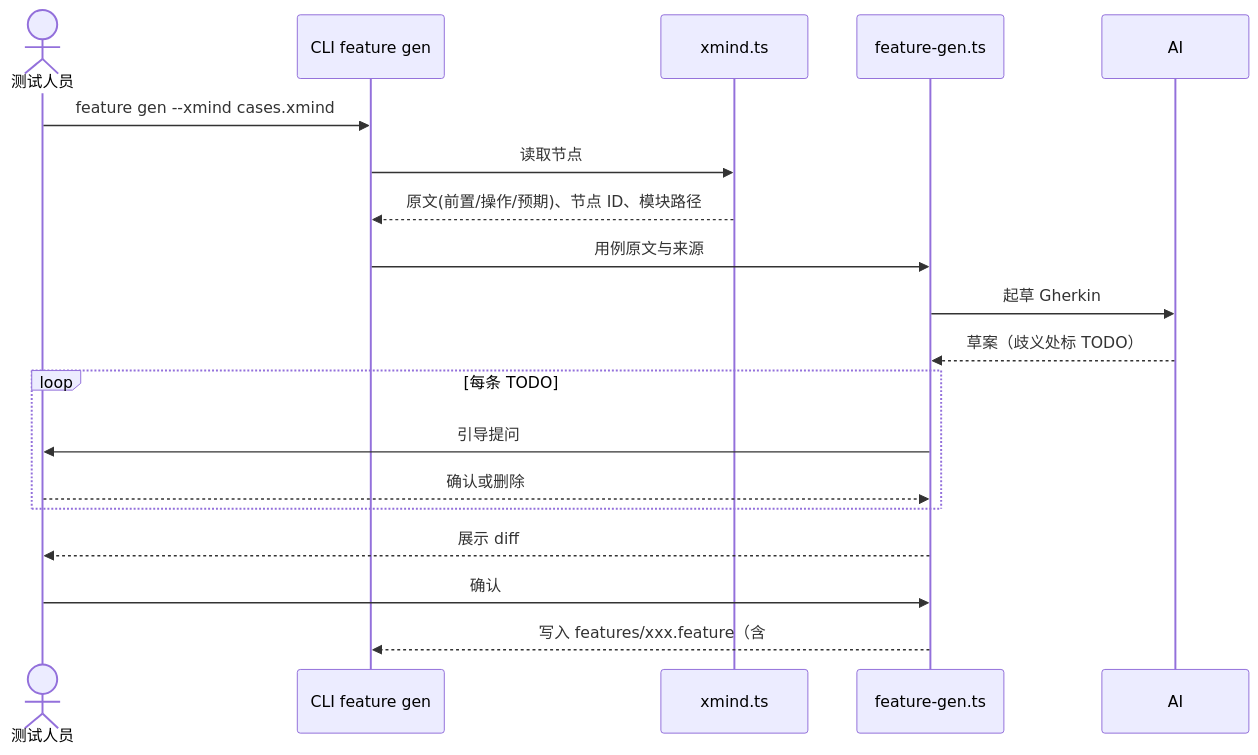
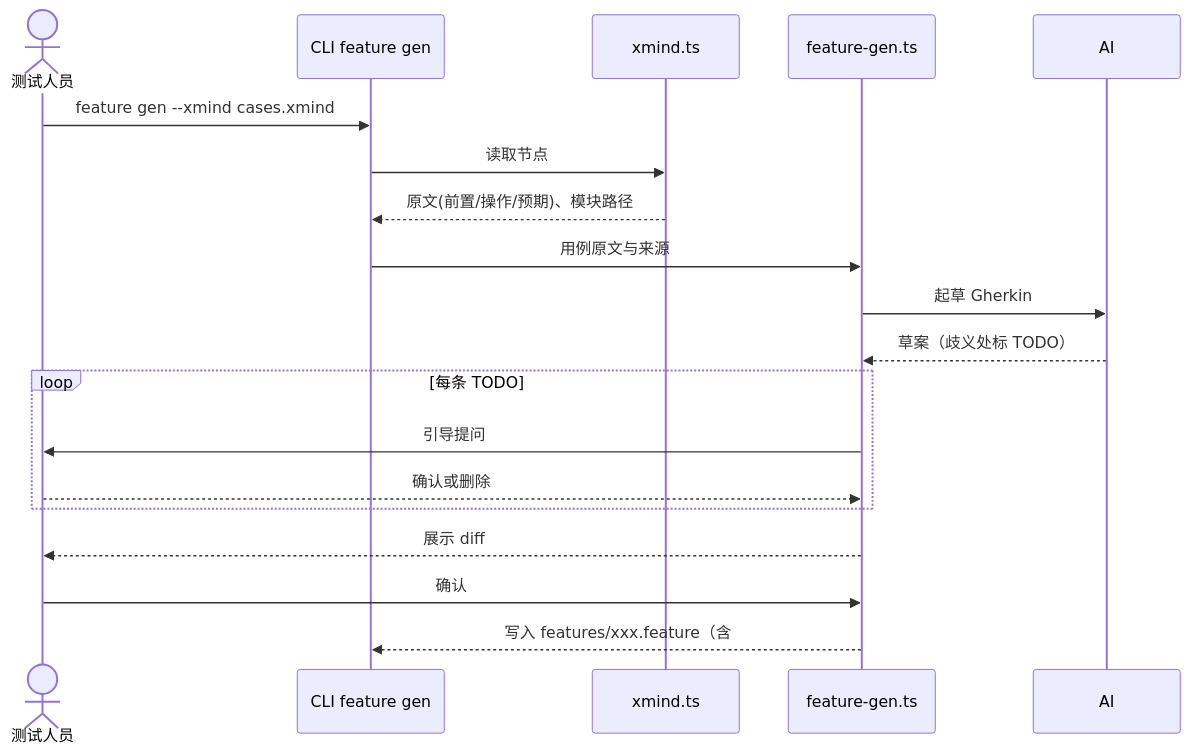
The second of 4 diagrams in docs/browser-test-technical-plan.md (Mone-Lee/browser-automated), drawn with Mermaid before and after one commit. The commit also changed other lines of this file and 3 other files, not shown here.

````diff
--- a/docs/browser-test-technical-plan.md
+++ b/docs/browser-test-technical-plan.md
@@ -103,22 +109,22 @@
 ```mermaid
 sequenceDiagram
     actor U as 测试人员
     participant C as CLI feature gen
     participant X as xmind.ts
     participant G as feature-gen.ts
     participant AI as AI
 
     U->>C: feature gen --xmind cases.xmind
     C->>X: 读取节点
-    X-->>C: 原文(前置/操作/预期)、节点 ID、模块路径
+    X-->>C: 原文(前置/操作/预期)、模块路径
     C->>G: 用例原文与来源
     G->>AI: 起草 Gherkin
     AI-->>G: 草案（歧义处标 TODO）
     loop 每条 TODO
         G->>U: 引导提问
         U-->>G: 确认或删除
     end
     G-->>U: 展示 diff
     U->>G: 确认
     G-->>C: 写入 features/xxx.feature（含 # source）
 ```
````
